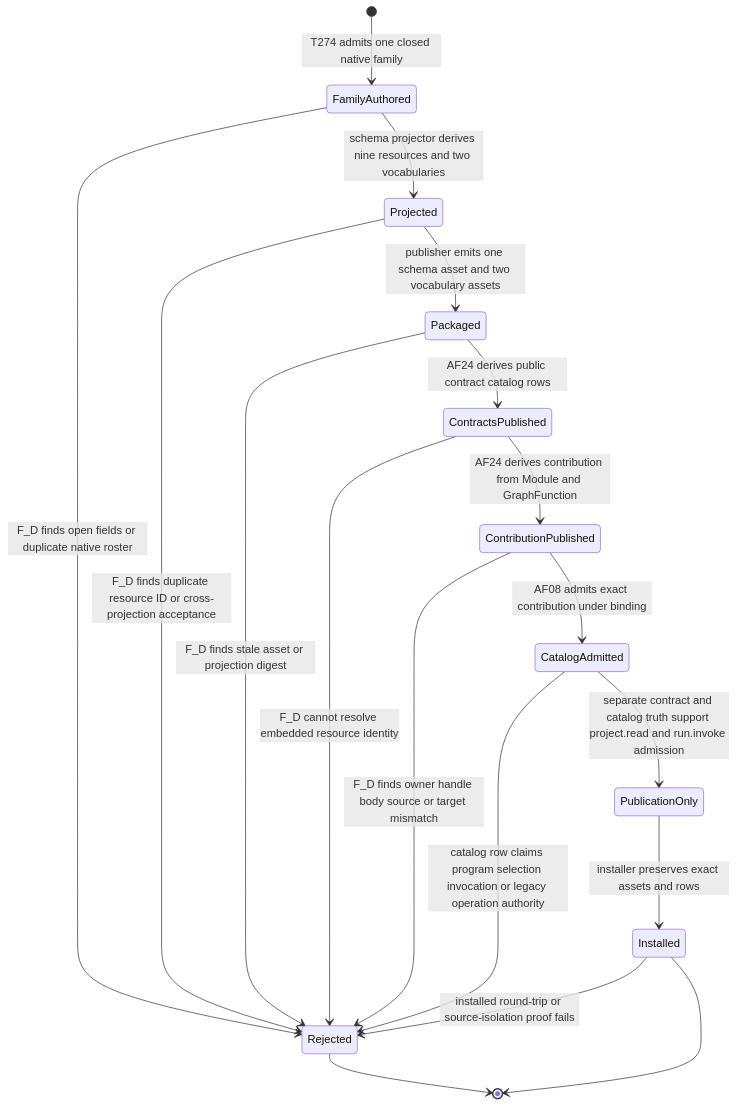
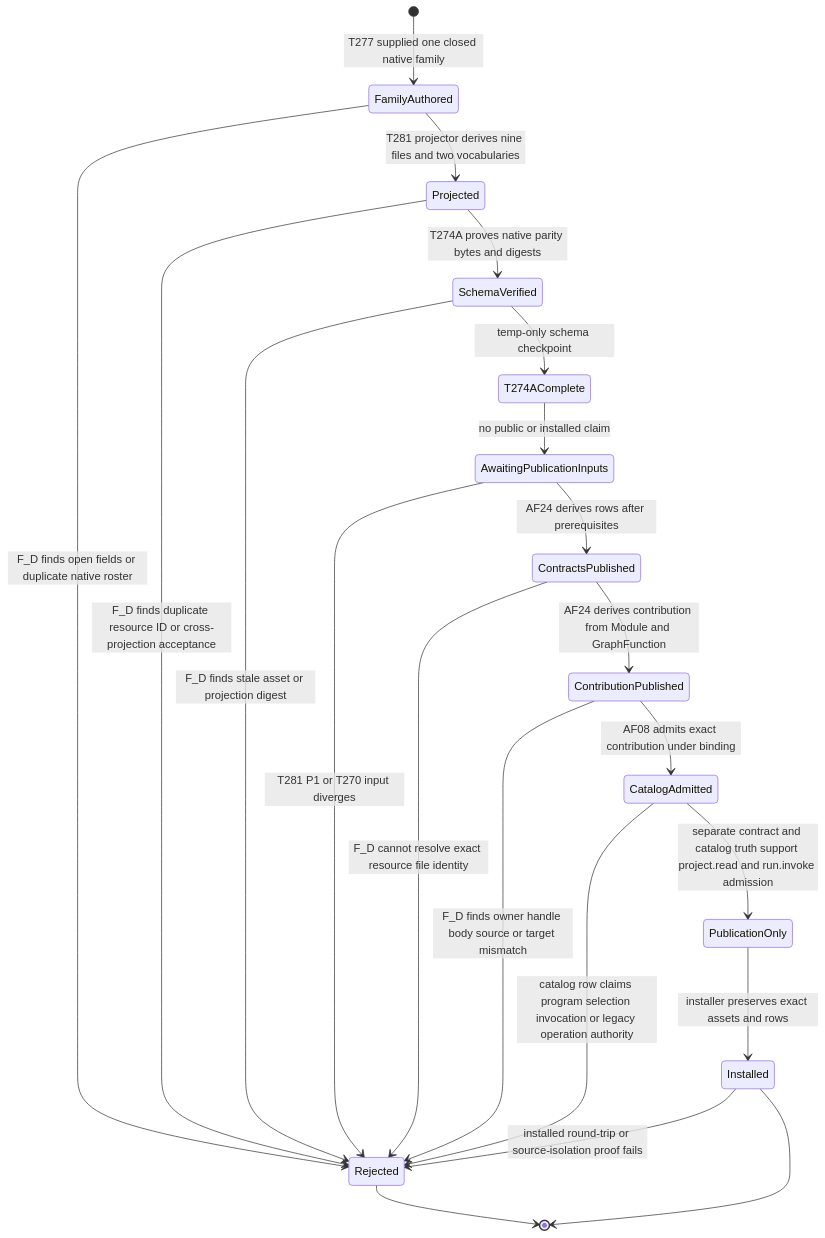
One commit to foolishimp/abiogenesis changed the third of 3 diagrams in build_tenants/abiogenesis/typescript/design/M02_M04_CONSENSUS_PUBLICATION_PRIME_CONTRACTION_BEHAVIOR_DESIGN.md. Above: the diagram before and after it, drawn with Mermaid. The commit also changed other lines of this file and 4 other files, not shown here.

Commit message:
design(a5): split consensus projection from publication

````diff
--- a/build_tenants/abiogenesis/typescript/design/M02_M04_CONSENSUS_PUBLICATION_PRIME_CONTRACTION_BEHAVIOR_DESIGN.md
+++ b/build_tenants/abiogenesis/typescript/design/M02_M04_CONSENSUS_PUBLICATION_PRIME_CONTRACTION_BEHAVIOR_DESIGN.md
@@ -293,20 +321,23 @@
 ```mermaid
 stateDiagram-v2
-  [*] --> FamilyAuthored: T274 admits one closed native family
+  [*] --> FamilyAuthored: T277 supplied one closed native family
   FamilyAuthored --> Rejected: F_D finds open fields or duplicate native roster
-  FamilyAuthored --> Projected: schema projector derives nine resources and two vocabularies
+  FamilyAuthored --> Projected: T281 projector derives nine files and two vocabularies
   Projected --> Rejected: F_D finds duplicate resource ID or cross-projection acceptance
-  Projected --> Packaged: publisher emits one schema asset and two vocabulary assets
-  Packaged --> Rejected: F_D finds stale asset or projection digest
-  Packaged --> ContractsPublished: AF24 derives public contract catalog rows
-  ContractsPublished --> Rejected: F_D cannot resolve embedded resource identity
+  Projected --> SchemaVerified: T274A proves native parity bytes and digests
+  SchemaVerified --> Rejected: F_D finds stale asset or projection digest
+  SchemaVerified --> T274AComplete: temp-only schema checkpoint
+  T274AComplete --> AwaitingPublicationInputs: no public or installed claim
+  AwaitingPublicationInputs --> Rejected: T281 P1 or T270 input diverges
+  AwaitingPublicationInputs --> ContractsPublished: AF24 derives rows after prerequisites
+  ContractsPublished --> Rejected: F_D cannot resolve exact resource file identity
   ContractsPublished --> ContributionPublished: AF24 derives contribution from Module and GraphFunction
   ContributionPublished --> Rejected: F_D finds owner handle body source or target mismatch
   ContributionPublished --> CatalogAdmitted: AF08 admits exact contribution under binding
   CatalogAdmitted --> Rejected: catalog row claims program selection invocation or legacy operation authority
   CatalogAdmitted --> PublicationOnly: separate contract and catalog truth support project.read and run.invoke admission
   PublicationOnly --> Installed: installer preserves exact assets and rows
   Installed --> Rejected: installed round-trip or source-isolation proof fails
   Installed --> [*]
   Rejected --> [*]
 ```
````
